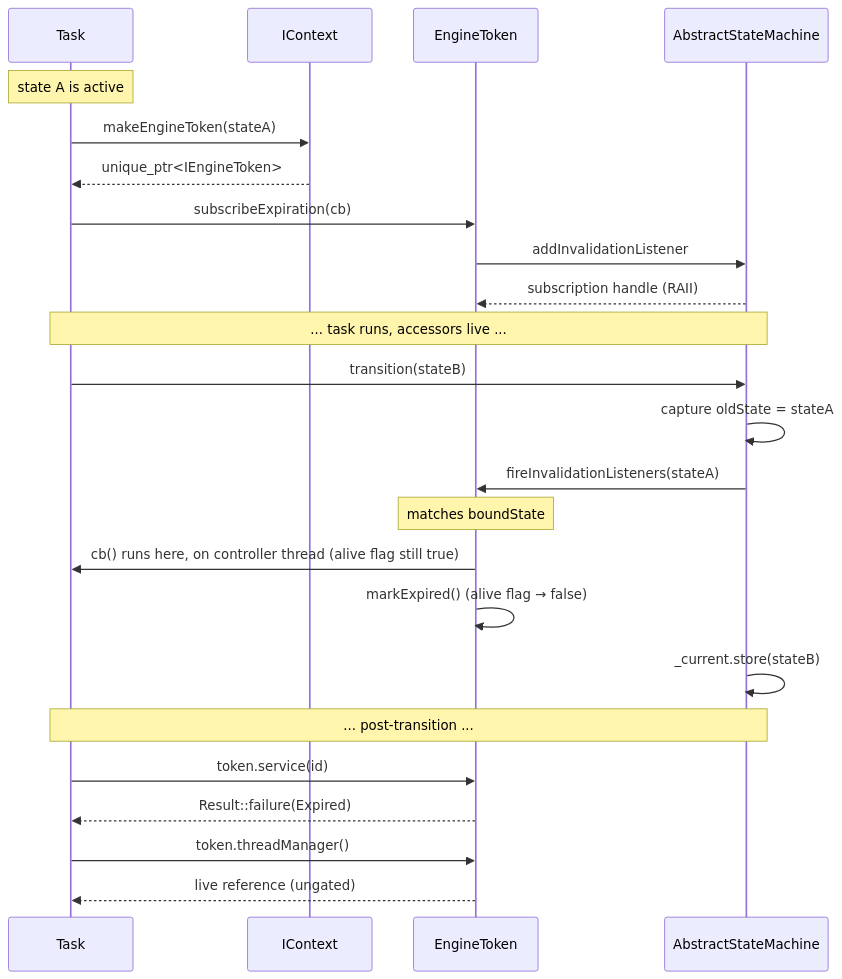
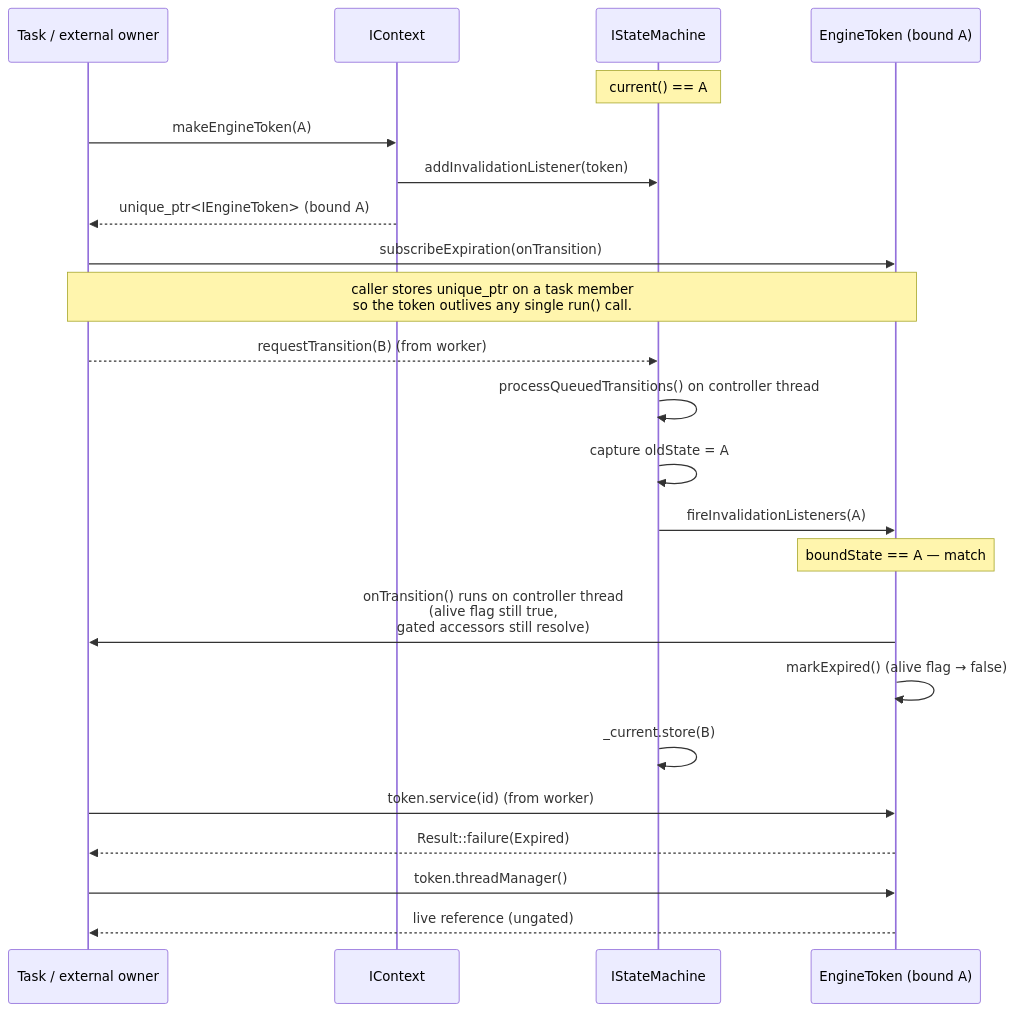
The diagram in doc/ecs/engine-token.md (vigine-dev/Vigine), drawn with Mermaid before and after one commit. The commit also changed other lines of this file and 1 other file, not shown here.

First line of the commit message:
Refresh engine-token.md and system.md for FSM-driven token lifecycle (#338)

````diff
--- a/doc/ecs/engine-token.md
+++ b/doc/ecs/engine-token.md
@@ -159,31 +325,28 @@
 ```mermaid
 sequenceDiagram
-    participant Task
-    participant Context as IContext
-    participant Token as EngineToken
-    participant ASM as AbstractStateMachine
+    participant Caller as Task / external owner
+    participant Ctx as IContext
+    participant FSM as IStateMachine
+    participant Token as EngineToken (bound A)
 
-    Note over Task: state A is active
-    Task->>Context: makeEngineToken(stateA)
-    Context-->>Task: unique_ptr<IEngineToken>
-    Task->>Token: subscribeExpiration(cb)
-    Token->>ASM: addInvalidationListener
-    ASM-->>Token: subscription handle (RAII)
+    Note over FSM: current() == A
+    Caller->>Ctx: makeEngineToken(A)
+    Ctx->>FSM: addInvalidationListener(token)
+    Ctx-->>Caller: unique_ptr<IEngineToken> (bound A)
+    Caller->>Token: subscribeExpiration(onTransition)
+    Note over Caller,Token: caller stores unique_ptr on a task member<br/>so the token outlives any single run() call.
 
-    Note over Task,ASM: ... task runs, accessors live ...
+    Caller-->>FSM: requestTransition(B) (from worker)
+    FSM->>FSM: processQueuedTransitions() on controller thread
+    FSM->>FSM: capture oldState = A
+    FSM->>Token: fireInvalidationListeners(A)
+    Note over Token: boundState == A — match
+    Token->>Caller: onTransition() runs on controller thread<br/>(alive flag still true,<br/>gated accessors still resolve)
+    Token->>Token: markExpired() (alive flag → false)
+    FSM->>FSM: _current.store(B)
 
-    Task->>ASM: transition(stateB)
-    ASM->>ASM: capture oldState = stateA
-    ASM->>Token: fireInvalidationListeners(stateA)
-    Note over Token: matches boundState
-    Token->>Task: cb() runs here, on controller thread (alive flag still true)
-    Token->>Token: markExpired() (alive flag → false)
-    ASM->>ASM: _current.store(stateB)
-
-    Note over Task,ASM: ... post-transition ...
-
-    Task->>Token: token.service(id)
-    Token-->>Task: Result::failure(Expired)
-    Task->>Token: token.threadManager()
-    Token-->>Task: live reference (ungated)
+    Caller->>Token: token.service(id) (from worker)
+    Token-->>Caller: Result::failure(Expired)
+    Caller->>Token: token.threadManager()
+    Token-->>Caller: live reference (ungated)
 ```
````
